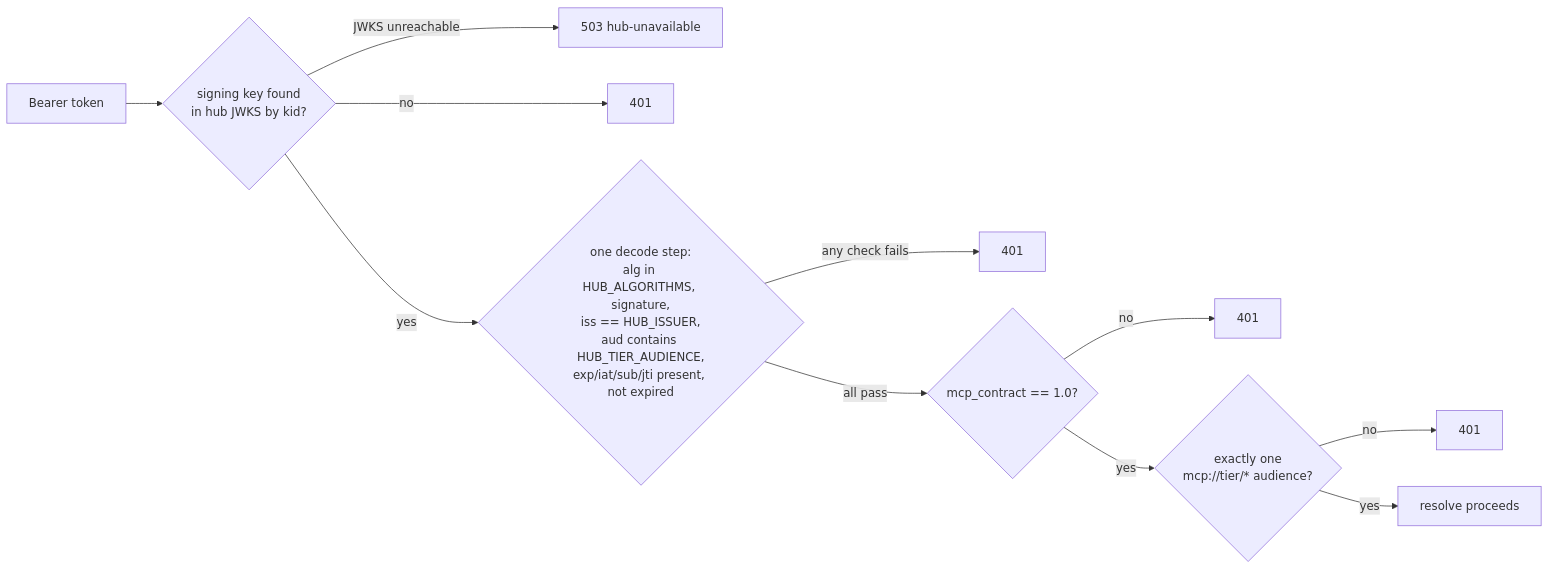
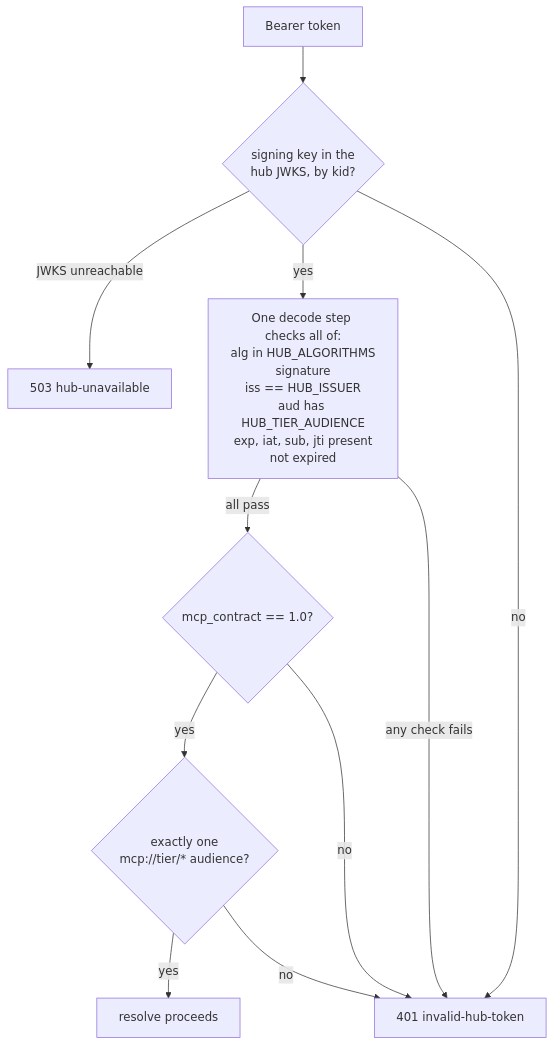
The fifth of 7 diagrams in docs/smoke-tests.md (chief-builder/vendor-token-broker), drawn with Mermaid before and after one commit. The commit also changed other lines of this file and 6 other files, not shown here.

First line of the commit message:
docs: make diagrams readable

````diff
--- a/docs/smoke-tests.md
+++ b/docs/smoke-tests.md
@@ -367,13 +367,13 @@
 ```mermaid
-flowchart LR
-    A["Bearer token"] --> K{"signing key found<br/>in hub JWKS by kid?"}
+flowchart TB
+    A["Bearer token"] --> K{"signing key in the<br/>hub JWKS, by kid?"}
     K -- "JWKS unreachable" --> U["503 hub-unavailable"]
-    K -- "no" --> X1["401"]
-    K -- yes --> D{"one decode step:<br/>alg in HUB_ALGORITHMS, signature,<br/>iss == HUB_ISSUER,<br/>aud contains HUB_TIER_AUDIENCE,<br/>exp/iat/sub/jti present, not expired"}
-    D -- "any check fails" --> X2["401"]
+    K -- yes --> D["One decode step checks all of:<br/>alg in HUB_ALGORITHMS<br/>signature<br/>iss == HUB_ISSUER<br/>aud has HUB_TIER_AUDIENCE<br/>exp, iat, sub, jti present<br/>not expired"]
     D -- "all pass" --> G{"mcp_contract == 1.0?"}
-    G -- no --> X3["401"]
     G -- yes --> E{"exactly one<br/>mcp://tier/* audience?"}
-    E -- no --> X4["401"]
     E -- yes --> OK["resolve proceeds"]
+    K -- no --> X["401 invalid-hub-token"]
+    D -- "any check fails" --> X
+    G -- no --> X
+    E -- no --> X
 ```
````
